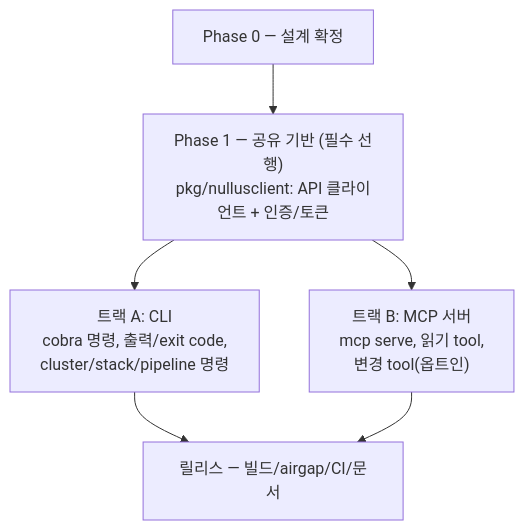
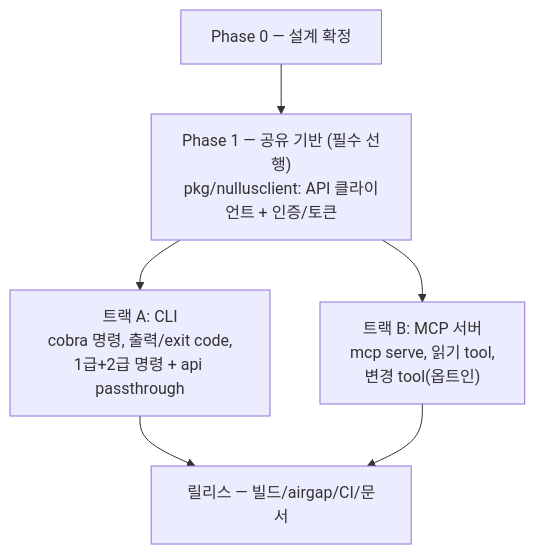
Before and after one commit to cloud-nullus/nullus: the diagram in docs/plans/2026-08-22-cli-mcp-구현-백로그.md, drawn with Mermaid. The commit also changed other lines of this file and 2 other files, not shown here.

First line of the commit message:
docs(product): stack.yaml v1alpha1 스키마 확정 (백로그 0-2)

````diff
--- a/docs/plans/2026-08-22-cli-mcp-구현-백로그.md
+++ b/docs/plans/2026-08-22-cli-mcp-구현-백로그.md
@@ -18,9 +19,9 @@
 ```mermaid
 flowchart TD
     P0["Phase 0 — 설계 확정"]
     P0 --> SHARED["Phase 1 — 공유 기반 (필수 선행)\npkg/nullusclient: API 클라이언트 + 인증/토큰"]
-    SHARED --> A["트랙 A: CLI\ncobra 명령, 출력/exit code,\ncluster/stack/pipeline 명령"]
+    SHARED --> A["트랙 A: CLI\ncobra 명령, 출력/exit code,\n1급+2급 명령 + api passthrough"]
     SHARED --> B["트랙 B: MCP 서버\nmcp serve, 읽기 tool,\n변경 tool(옵트인)"]
     A --> R["릴리스 — 빌드/airgap/CI/문서"]
     B --> R
 ```
````
